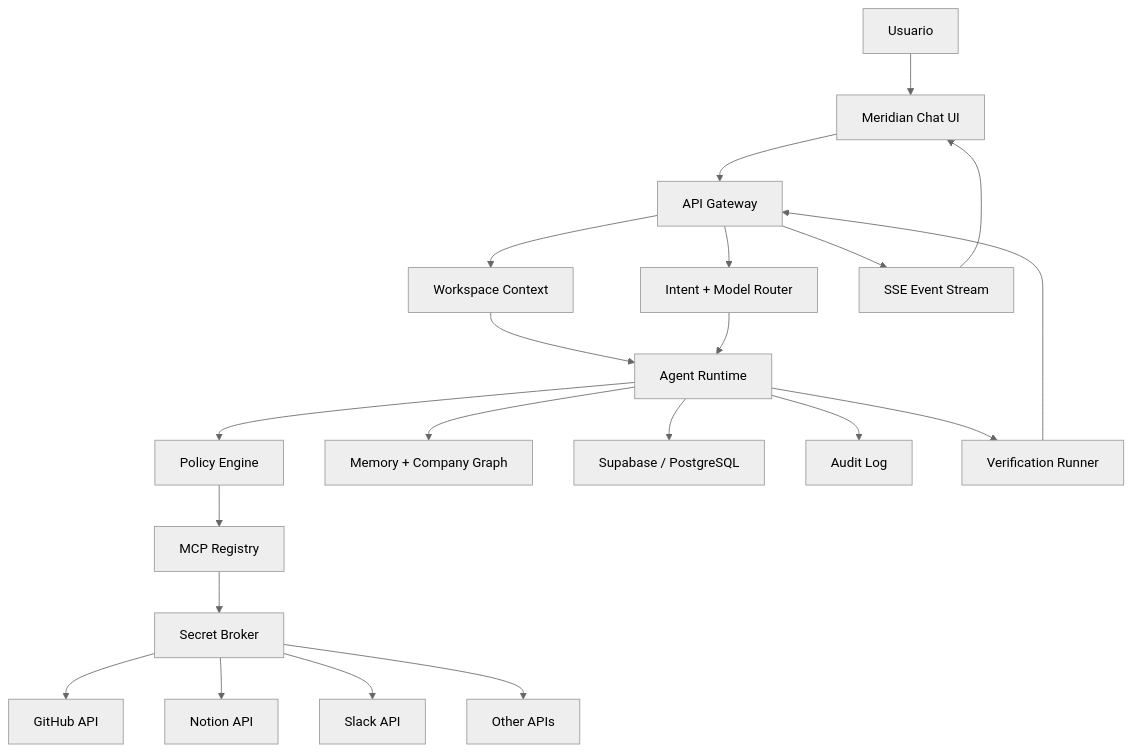
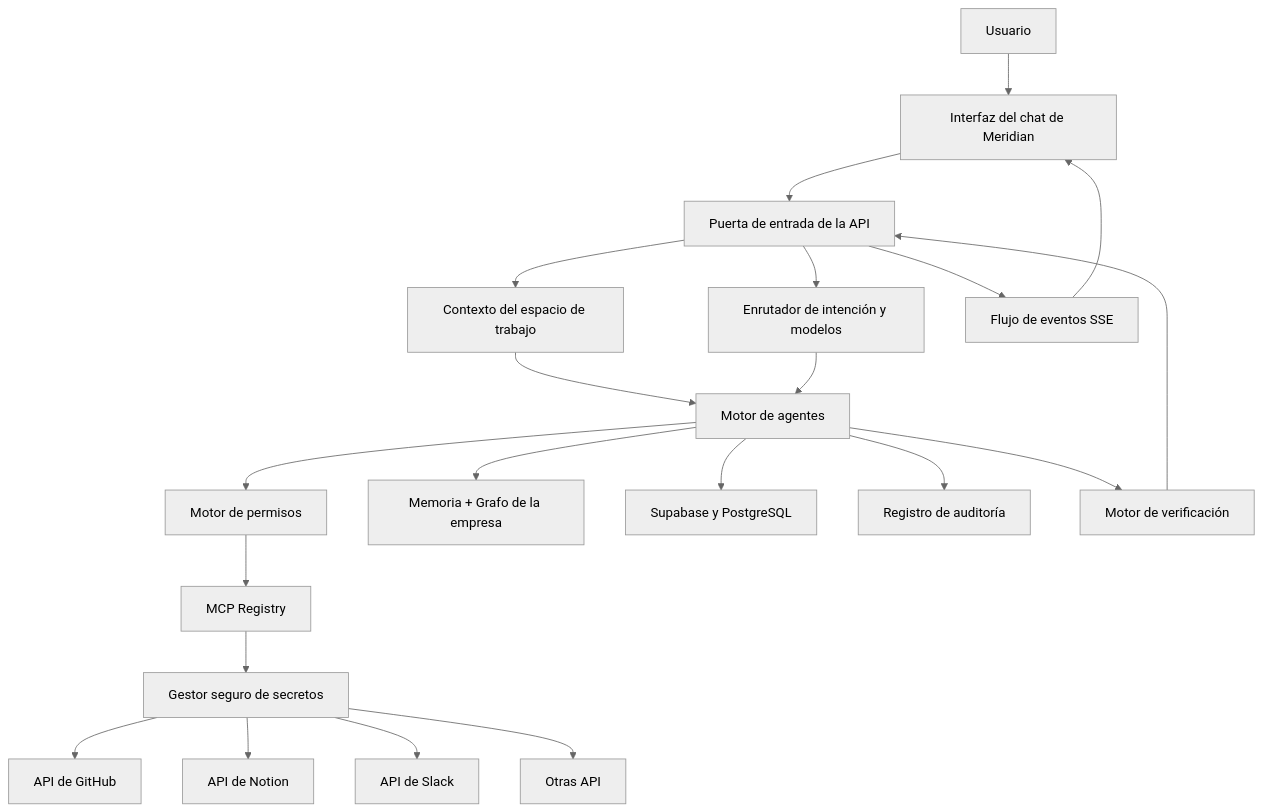
One commit to christiandejesus320-droid/Sandbox changed the second of 10 diagrams in docs/guia-conceptual-meridian.md. Above: the diagram before and after it, drawn with Mermaid (neutral theme). The commit also changed other lines of this file, not shown here.

Commit message:
docs: traducir la arquitectura conceptual de Meridian

````diff
--- a/docs/guia-conceptual-meridian.md
+++ b/docs/guia-conceptual-meridian.md
@@ -66,23 +66,23 @@
 ```mermaid
 flowchart TD
-    U["Usuario"] --> UI["Meridian Chat UI"]
-    UI --> API["API Gateway"]
-    API --> CTX["Workspace Context"]
-    API --> ROUTER["Intent + Model Router"]
-    CTX --> RUNTIME["Agent Runtime"]
+    U["Usuario"] --> UI["Interfaz del chat de Meridian"]
+    UI --> API["Puerta de entrada de la API"]
+    API --> CTX["Contexto del espacio de trabajo"]
+    API --> ROUTER["Enrutador de intención y modelos"]
+    CTX --> RUNTIME["Motor de agentes"]
     ROUTER --> RUNTIME
-    RUNTIME --> POLICY["Policy Engine"]
+    RUNTIME --> POLICY["Motor de permisos"]
     POLICY --> MCP["MCP Registry"]
-    MCP --> SB["Secret Broker"]
-    SB --> GH["GitHub API"]
-    SB --> NT["Notion API"]
-    SB --> SL["Slack API"]
-    SB --> EXT["Other APIs"]
-    RUNTIME --> MEM["Memory + Company Graph"]
-    RUNTIME --> DB["Supabase / PostgreSQL"]
-    RUNTIME --> AUDIT["Audit Log"]
-    RUNTIME --> VERIFY["Verification Runner"]
+    MCP --> SB["Gestor seguro de secretos"]
+    SB --> GH["API de GitHub"]
+    SB --> NT["API de Notion"]
+    SB --> SL["API de Slack"]
+    SB --> EXT["Otras API"]
+    RUNTIME --> MEM["Memoria + Grafo de la empresa"]
+    RUNTIME --> DB["Supabase y PostgreSQL"]
+    RUNTIME --> AUDIT["Registro de auditoría"]
+    RUNTIME --> VERIFY["Motor de verificación"]
     VERIFY --> API
-    API --> STREAM["SSE Event Stream"]
+    API --> STREAM["Flujo de eventos SSE"]
     STREAM --> UI
 ```
````
